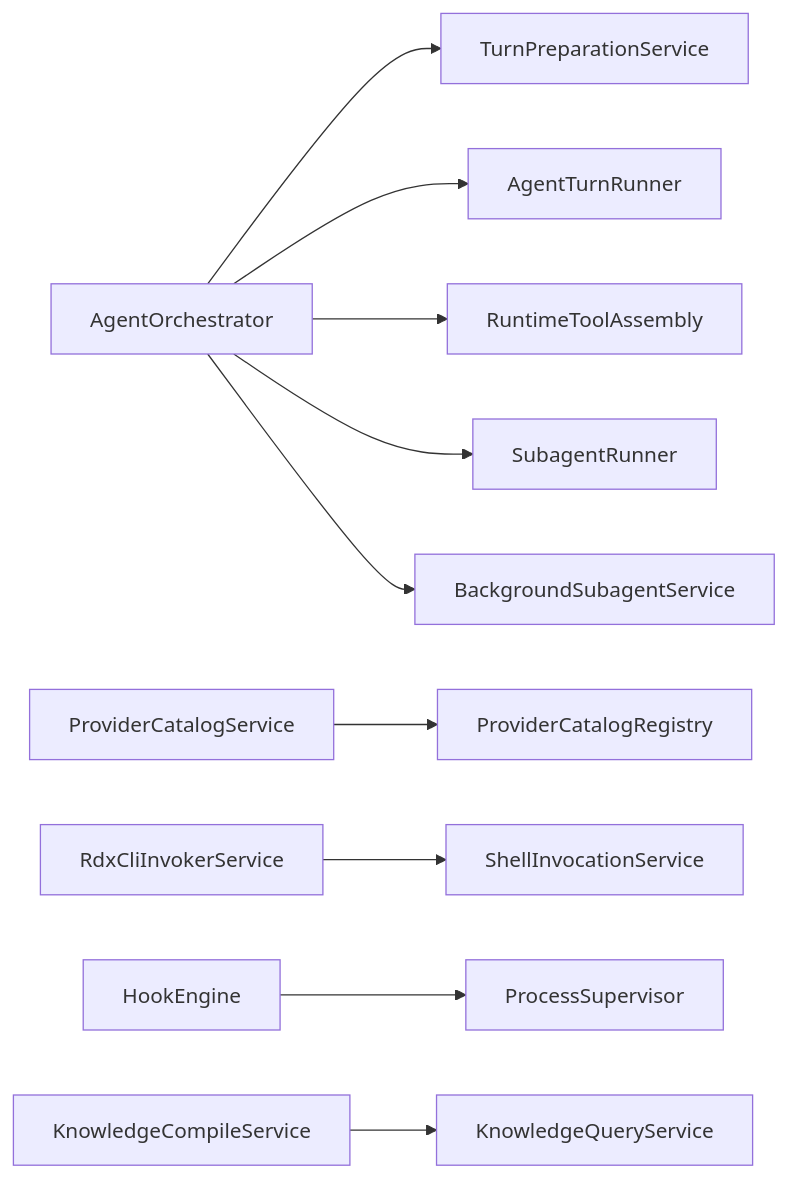
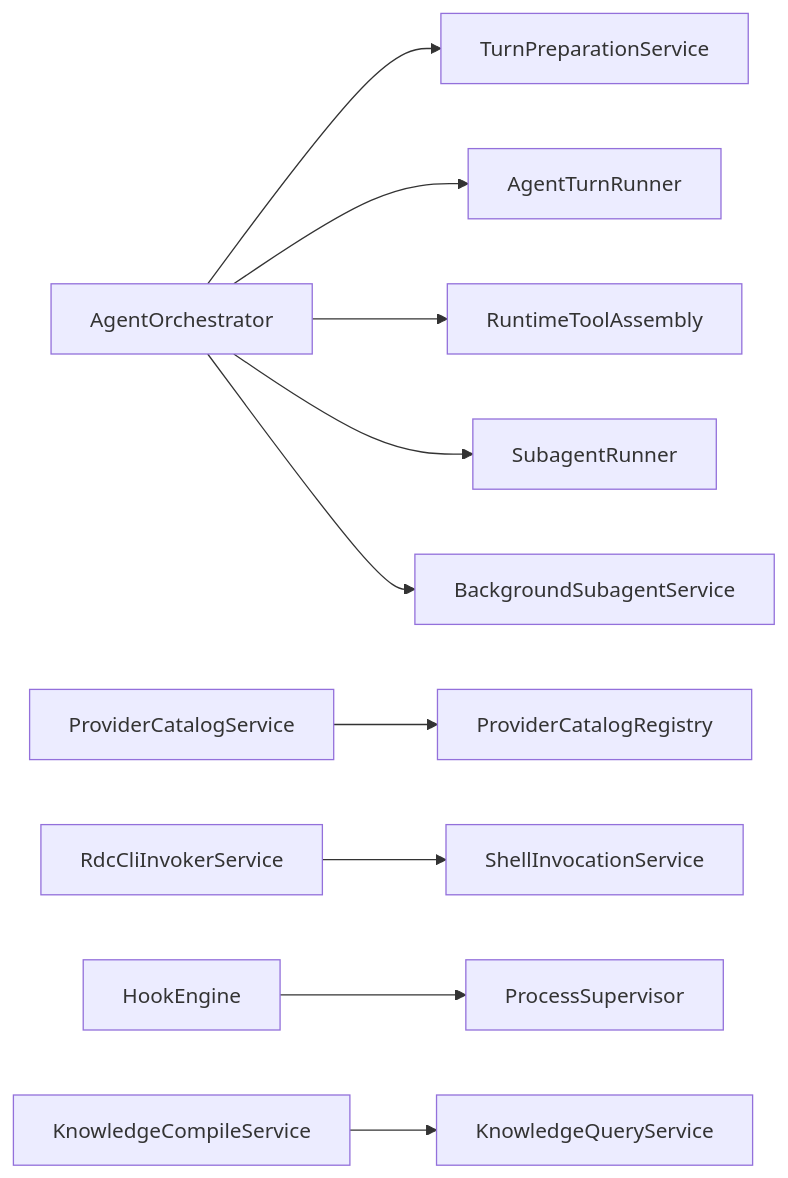
The eighth of 8 diagrams in .qoder/repowiki/zh/content/架构设计/核心组件设计/核心组件设计.md (haolange/RDC-Agent), drawn with Mermaid before and after one commit. The commit also changed other lines of this file and 557 other files, not shown here.

````diff
--- a/.qoder/repowiki/zh/content/架构设计/核心组件设计/核心组件设计.md
+++ b/.qoder/repowiki/zh/content/架构设计/核心组件设计/核心组件设计.md
@@ -283,12 +283,12 @@
 ```mermaid
 graph LR
 AO["AgentOrchestrator"] --> TP["TurnPreparationService"]
 AO --> TR["AgentTurnRunner"]
 AO --> TA["RuntimeToolAssembly"]
 AO --> SR["SubagentRunner"]
 AO --> BS["BackgroundSubagentService"]
 PC["ProviderCatalogService"] --> PCR["ProviderCatalogRegistry"]
-RCS["RdxCliInvokerService"] --> SIS["ShellInvocationService"]
+RCS["RdcCliInvokerService"] --> SIS["ShellInvocationService"]
 HE["HookEngine"] --> PS["ProcessSupervisor"]
 KCS["KnowledgeCompileService"] --> KQS["KnowledgeQueryService"]
 ```
````
